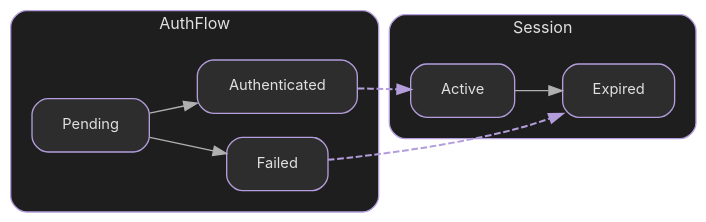
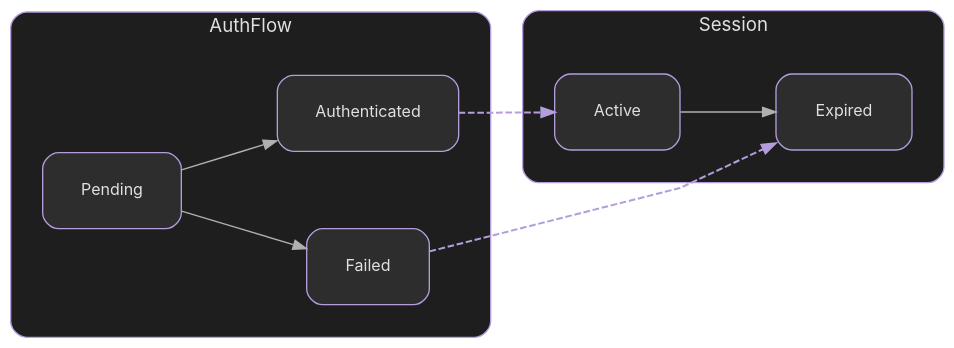
One commit to elijahr/nim-typestates changed the diagram in docs/assets/images/generated/multi.dot. Above: the diagram before and after it, drawn with Graphviz. The commit also changed 11 other files, not shown here.

```diff
--- a/docs/assets/images/generated/multi.dot
+++ b/docs/assets/images/generated/multi.dot
@@ -1,46 +1,49 @@
 digraph {
   rankdir=LR;
+  splines=polyline;
+  nodesep=0.8;
+  ranksep=1.0;
   bgcolor="transparent";
-  pad=0.5;
+  pad=1.0;
 
-  node [shape=box, style="rounded,filled", fillcolor="#2d2d2d", color="#b39ddb", fontcolor="#e0e0e0", fontname="Inter, SF Pro Display, -apple-system, BlinkMacSystemFont, Segoe UI, Roboto, sans-serif", fontsize=11, margin="0.3,0.2"];
+  node [shape=box, style="rounded,filled", fillcolor="#2d2d2d", color="#b39ddb", fontcolor="#e0e0e0", fontname="Inter, SF Pro Display, -apple-system, BlinkMacSystemFont, Segoe UI, Roboto, sans-serif", fontsize=12, margin="0.4,0.3"];
   edge [fontname="Inter, SF Pro Display, -apple-system, BlinkMacSystemFont, Segoe UI, Roboto, sans-serif", fontsize=9, color="#b0b0b0"];
 
   subgraph cluster_Session {
     label="Session";
     fontname="Inter, SF Pro Display, -apple-system, BlinkMacSystemFont, Segoe UI, Roboto, sans-serif";
-    fontsize=12;
+    fontsize=14;
     fontcolor="#e0e0e0";
     style="rounded";
     color="#b39ddb";
     bgcolor="#1e1e1e";
-    margin=16;
+    margin=24;
 
     Active;
     Expired;
 
     Active -> Expired;
   }
 
   subgraph cluster_AuthFlow {
     label="AuthFlow";
     fontname="Inter, SF Pro Display, -apple-system, BlinkMacSystemFont, Segoe UI, Roboto, sans-serif";
-    fontsize=12;
+    fontsize=14;
     fontcolor="#e0e0e0";
     style="rounded";
     color="#b39ddb";
     bgcolor="#1e1e1e";
-    margin=16;
+    margin=24;
 
     Pending;
     Authenticated;
     Failed;
 
     Pending -> Authenticated;
     Pending -> Failed;
   }
 
   // Bridges (cross-typestate)
   Authenticated -> Active [style=dashed, color="#b39ddb", penwidth=1.5];
   Failed -> Expired [style=dashed, color="#b39ddb", penwidth=1.5];
 }
```
